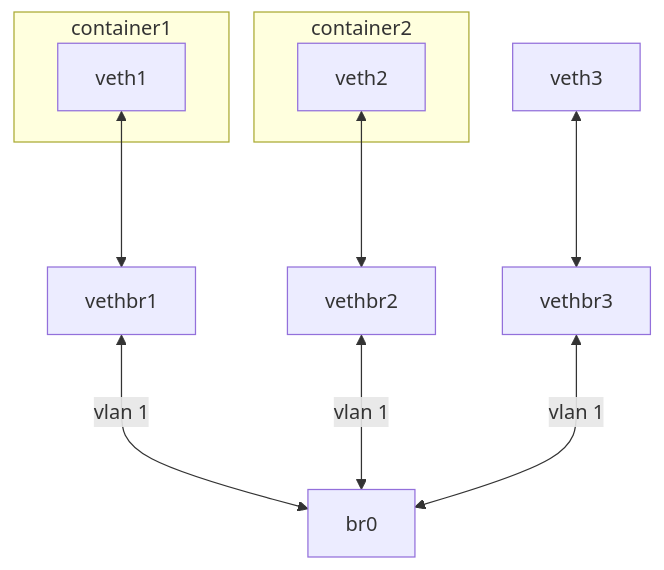
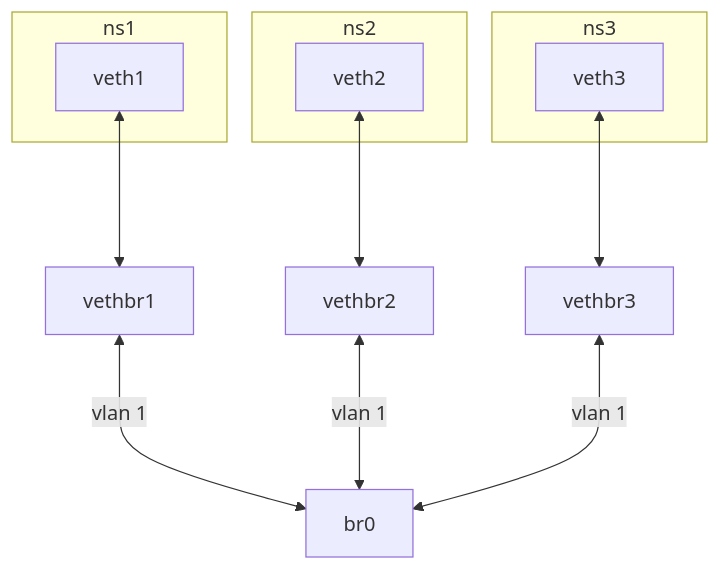
Before and after one commit to thachmpham/thachmpham.github.io: the fourth of 5 diagrams in md/vbridge.md, drawn with Mermaid. The commit also changed other lines of this file and 1 other file, not shown here.

```diff
--- a/md/vbridge.md
+++ b/md/vbridge.md
@@ -263,15 +263,18 @@
 <pre class="mermaid">
 flowchart TD
-    subgraph container1
+    subgraph ns1
         veth1
     end
-    subgraph container2
+    subgraph ns2
         veth2
     end    
+    subgraph ns3
+        veth3
+    end  
     veth1 <---> vethbr1
     veth2 <---> vethbr2    
     veth3 <---> vethbr3    
     vethbr1 <--->|vlan 1| br0
     vethbr2 <--->|vlan 1| br0
     vethbr3 <--->|vlan 1| br0
 </pre>
```
